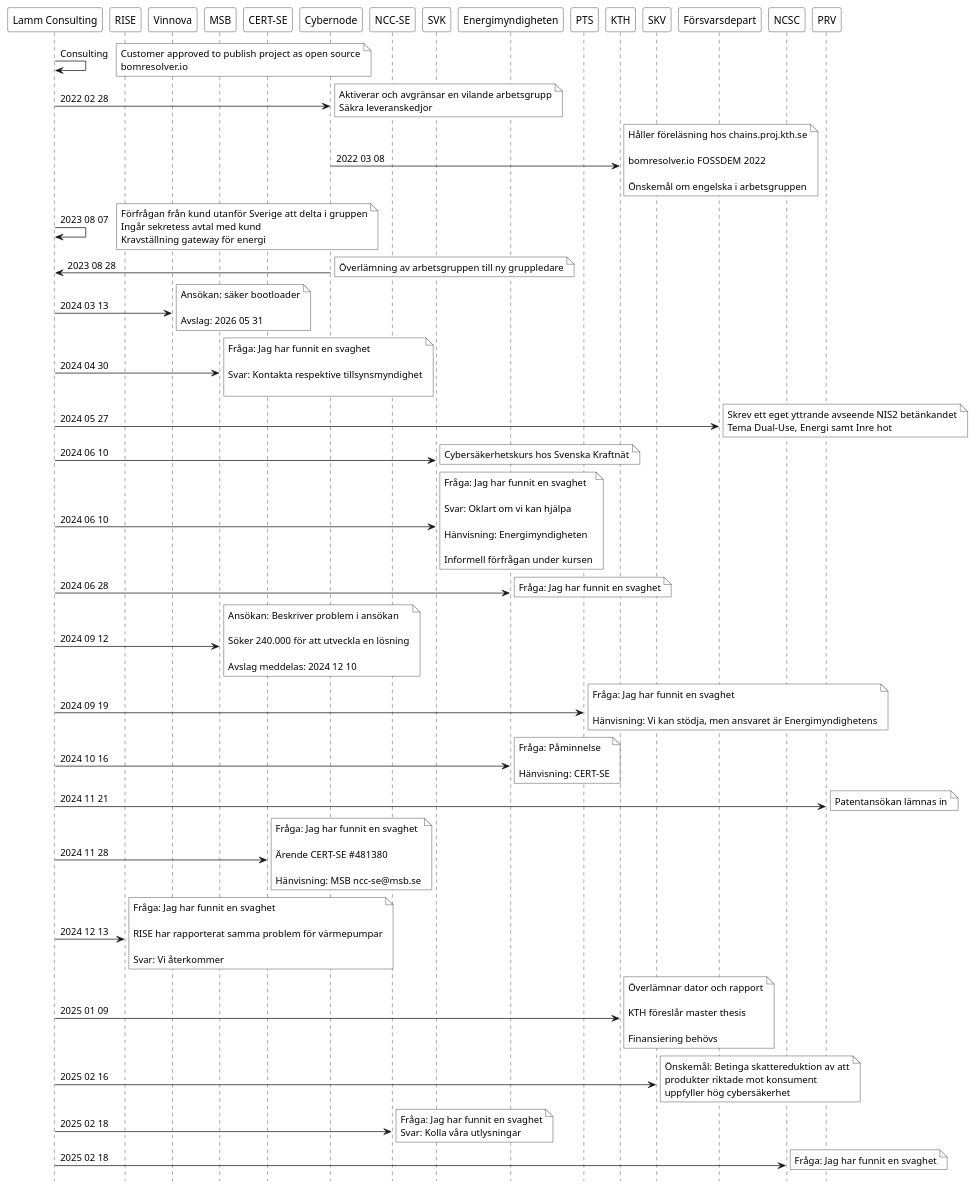
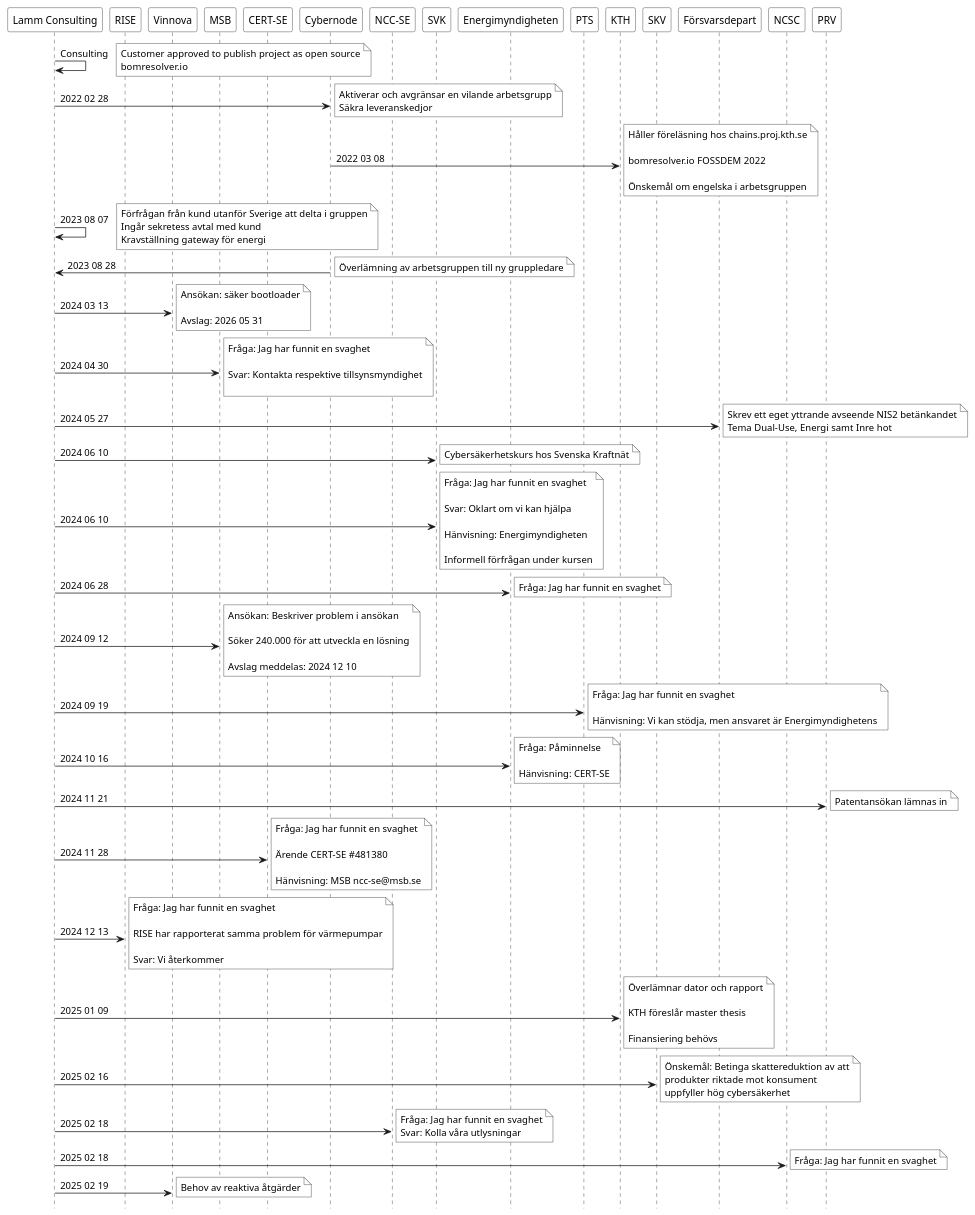
One commit to hans-lammda/hans-lammda-github.io changed the diagram in static/images/incident.puml. Above: the diagram before and after it, drawn with PlantUML. The commit also changed 3 other files, not shown here.

```diff
--- a/static/images/incident.puml
+++ b/static/images/incident.puml
@@ -1,62 +1,64 @@
 @startuml
 
 hide footbox
 participant "Lamm Consulting"  as LM #FFFFFF
 participant  "RISE" as RISE #FFFFFF
 participant  "Vinnova" as VINN  #FFFFFF
 participant  "MSB" as MSB  #FFFFFF
 participant  "CERT-SE" as CERT #FFFFFF
 participant  "Cybernode" as CYBER  #FFFFFF
 participant  "NCC-SE" as NCC #FFFFFF
 participant  "SVK" as SVK  #FFFFFF
 participant  "Energimyndigheten" as EM #FFFFFF
 participant  "PTS" as PTS #FFFFFF
 participant  "KTH" as KTH #FFFFFF
 participant  "SKV" as SKV #FFFFFF
 participant  "Försvarsdepart" as FORSVAR #FFFFFF
 participant  "NCSC" as NCSC #FFFFFF
 participant  "PRV" as PRV #FFFFFF
 
 LM -> LM:  Consulting 
 note right #FFFFFF : Customer approved to publish project as open source\nbomresolver.io 
 LM -> CYBER:  2022 02 28
 note right #FFFFFF : Aktiverar och avgränsar en vilande arbetsgrupp\nSäkra leveranskedjor
 CYBER -> KTH: 2022 03 08 
 note right #FFFFFF : Håller föreläsning hos chains.proj.kth.se\n\nbomresolver.io FOSSDEM 2022\n\nÖnskemål om engelska i arbetsgruppen
 LM -> LM:  2023 08 07
 note right #FFFFFF : Förfrågan från kund utanför Sverige att delta i gruppen\nIngår sekretess avtal med kund\nKravställning gateway för energi
 CYBER -> LM:  2023 08 28
 note right #FFFFFF : Överlämning av arbetsgruppen till ny gruppledare
 LM -> VINN: 2024 03 13 
 note right #FFFFFF : Ansökan: säker bootloader\n\nAvslag: 2026 05 31 
 LM -> MSB: 2024 04 30 
 note right #FFFFFF : Fråga: Jag har funnit en svaghet \n\nSvar: Kontakta respektive tillsynsmyndighet\n
 LM -> FORSVAR: 2024 05 27 
 note right #FFFFFF : Skrev ett eget yttrande avseende NIS2 betänkandet\nTema Dual-Use, Energi samt Inre hot
 LM -> SVK:  2024 06 10 
 note right #FFFFFF : Cybersäkerhetskurs hos Svenska Kraftnät 
 LM -> SVK: 2024 06 10 
 note right #FFFFFF : Fråga: Jag har funnit en svaghet \n\nSvar: Oklart om vi kan hjälpa\n\nHänvisning: Energimyndigheten\n\nInformell förfrågan under kursen
 LM -> EM: 2024 06 28 
 note right #FFFFFF : Fråga: Jag har funnit en svaghet
 LM -> MSB: 2024 09 12 
 note right #FFFFFF : Ansökan: Beskriver problem i ansökan\n\nSöker 240.000 för att utveckla en lösning\n\nAvslag meddelas: 2024 12 10
 LM -> PTS: 2024 09 19 
 note right #FFFFFF : Fråga: Jag har funnit en svaghet\n\nHänvisning: Vi kan stödja, men ansvaret är Energimyndighetens
 LM -> EM: 2024 10 16 
 note right #FFFFFF : Fråga: Påminnelse\n\nHänvisning: CERT-SE
 LM -> PRV: 2024 11 21 
 note right #FFFFFF : Patentansökan lämnas in
 LM -> CERT: 2024 11 28 
 note right #FFFFFF : Fråga: Jag har funnit en svaghet\n\nÄrende CERT-SE #481380\n\nHänvisning: MSB ncc-se@msb.se
 LM -> RISE: 2024 12 13 
 note right #FFFFFF : Fråga: Jag har funnit en svaghet\n\nRISE har rapporterat samma problem för värmepumpar\n\nSvar: Vi återkommer
 LM -> KTH: 2025 01 09 
 note right #FFFFFF : Överlämnar dator och rapport\n\nKTH föreslår master thesis\n\nFinansiering behövs
 LM -> SKV: 2025 02 16 
 note right #FFFFFF : Önskemål: Betinga skattereduktion av att\nprodukter riktade mot konsument\nuppfyller hög cybersäkerhet
 LM -> NCC: 2025 02 18 
 note right #FFFFFF :Fråga: Jag har funnit en svaghet\nSvar: Kolla våra utlysningar 
 LM -> NCSC: 2025 02 18 
 note right #FFFFFF :Fråga: Jag har funnit en svaghet 
+LM -> VINN: 2025 02 19 
+note right #FFFFFF : Behov av reaktiva åtgärder 
 @enduml
```
